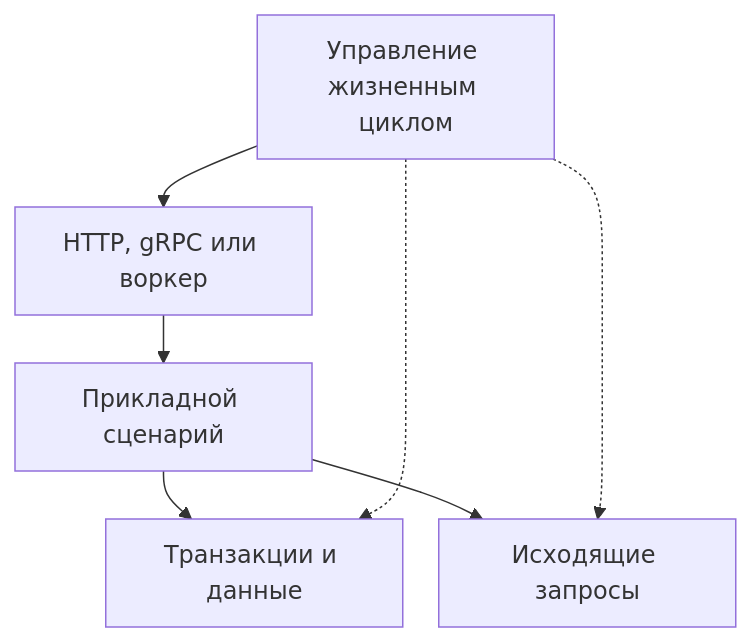
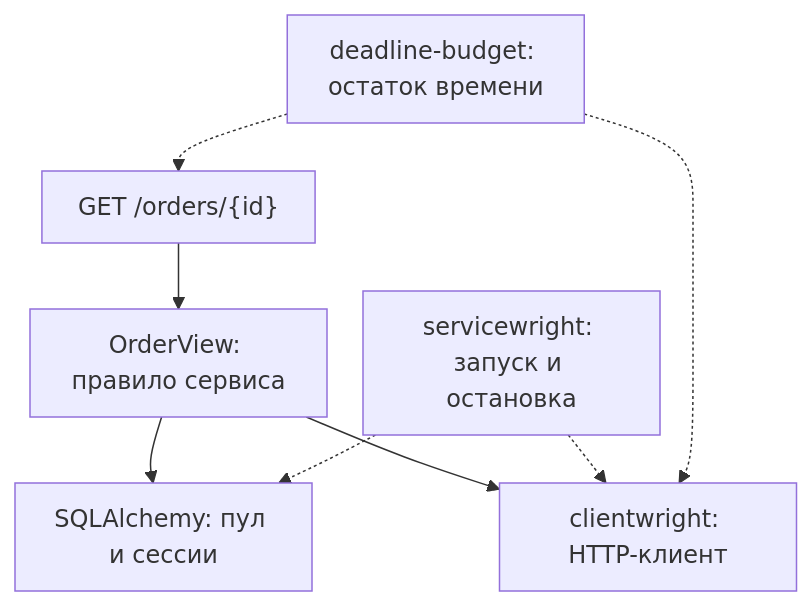
One commit to bedrock-python/bedrock-python.github.io changed the diagram in translations/ru/blog/posts/2026-09-13-why-bedrock-python-libraries.md. Above: the diagram before and after it, drawn with Mermaid. The commit also changed other lines of this file and 37 other files, not shown here.

````diff
--- a/translations/ru/blog/posts/2026-09-13-why-bedrock-python-libraries.md
+++ b/translations/ru/blog/posts/2026-09-13-why-bedrock-python-libraries.md
@@ -56,26 +256,29 @@
 ```mermaid
 ---
 config:
   theme: default
   look: classic
   flowchart:
     useMaxWidth: false
     wrappingWidth: 150
     padding: 12
     nodeSpacing: 24
     rankSpacing: 32
 ---
 flowchart TD
-    accTitle: Приложение собирает нужные части
-    accDescr: Общий runtime создаёт и закрывает ресурсы. Обработчики используют нужные клиенты и хранилища, а бизнес-правила остаются в сервисе.
-    A["Управление жизненным циклом"]
-    B["HTTP, gRPC или воркер"]
-    C["Прикладной сценарий"]
-    D["Транзакции и данные"]
-    E["Исходящие запросы"]
-    A --> B --> C
-    C --> D
-    C --> E
-    A -.-> D
-    A -.-> E
+    accTitle: Один сценарий и явные владельцы ресурсов
+    accDescr: servicewright управляет общими ресурсами. OrderView читает заказ и запрашивает остаток; обработчик задаёт бюджет времени и переводит ошибки в HTTP-ответы.
+    A["servicewright: запуск и остановка"]
+    B["SQLAlchemy: пул и сессии"]
+    C["clientwright: HTTP-клиент"]
+    D["GET /orders/{id}"]
+    E["OrderView: правило сервиса"]
+    F["deadline-budget: остаток времени"]
+    D --> E
+    E --> B
+    E --> C
+    A -.-> B
+    A -.-> C
+    F -.-> D
+    F -.-> C
 ```
````
